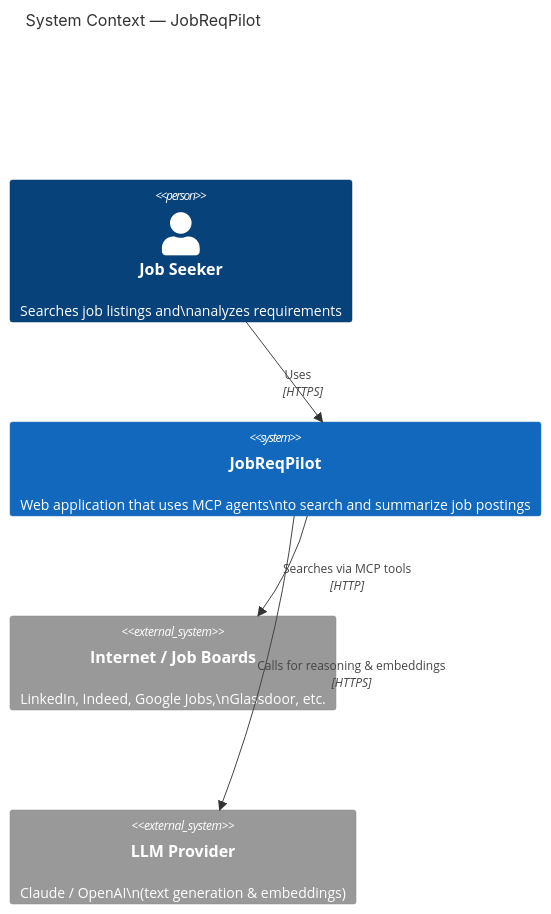
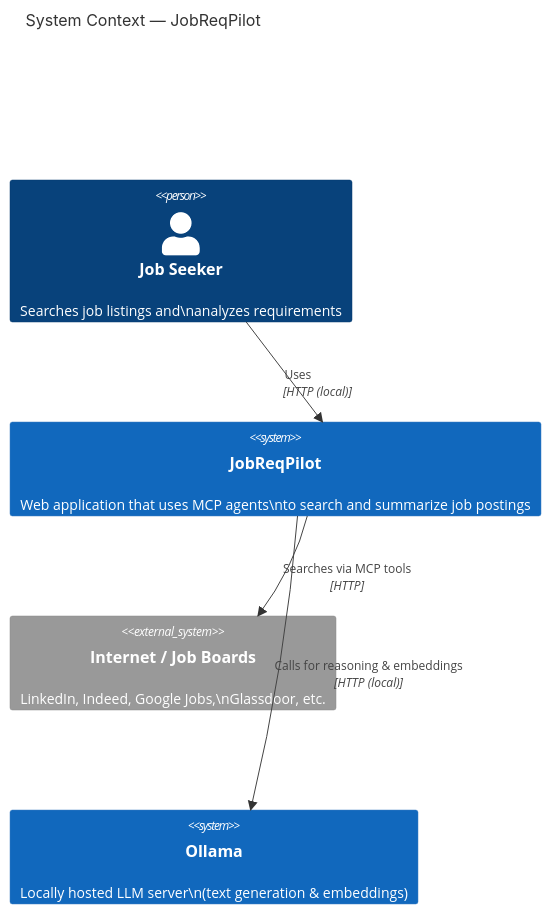
Before and after one commit to chuan2019/JobReqPilot: the first of 7 diagrams in docs/ARCHITECTURE.md, drawn with Mermaid. The commit also changed other lines of this file, not shown here.

Commit message:
AGTAI-13 update architecture design

````diff
--- a/docs/ARCHITECTURE.md
+++ b/docs/ARCHITECTURE.md
@@ -17,15 +18,15 @@
 ```mermaid
 C4Context
     title System Context — JobReqPilot
 
     Person(user, "Job Seeker", "Searches job listings and\nanalyzes requirements")
 
     System(jobreqpilot, "JobReqPilot", "Web application that uses MCP agents\nto search and summarize job postings")
 
     System_Ext(internet, "Internet / Job Boards", "LinkedIn, Indeed, Google Jobs,\nGlassdoor, etc.")
-    System_Ext(llm, "LLM Provider", "Claude / OpenAI\n(text generation & embeddings)")
+    System(ollama, "Ollama", "Locally hosted LLM server\n(text generation & embeddings)")
 
-    Rel(user, jobreqpilot, "Uses", "HTTPS")
+    Rel(user, jobreqpilot, "Uses", "HTTP (local)")
     Rel(jobreqpilot, internet, "Searches via MCP tools", "HTTP")
-    Rel(jobreqpilot, llm, "Calls for reasoning & embeddings", "HTTPS")
+    Rel(jobreqpilot, ollama, "Calls for reasoning & embeddings", "HTTP (local)")
 ```
````
